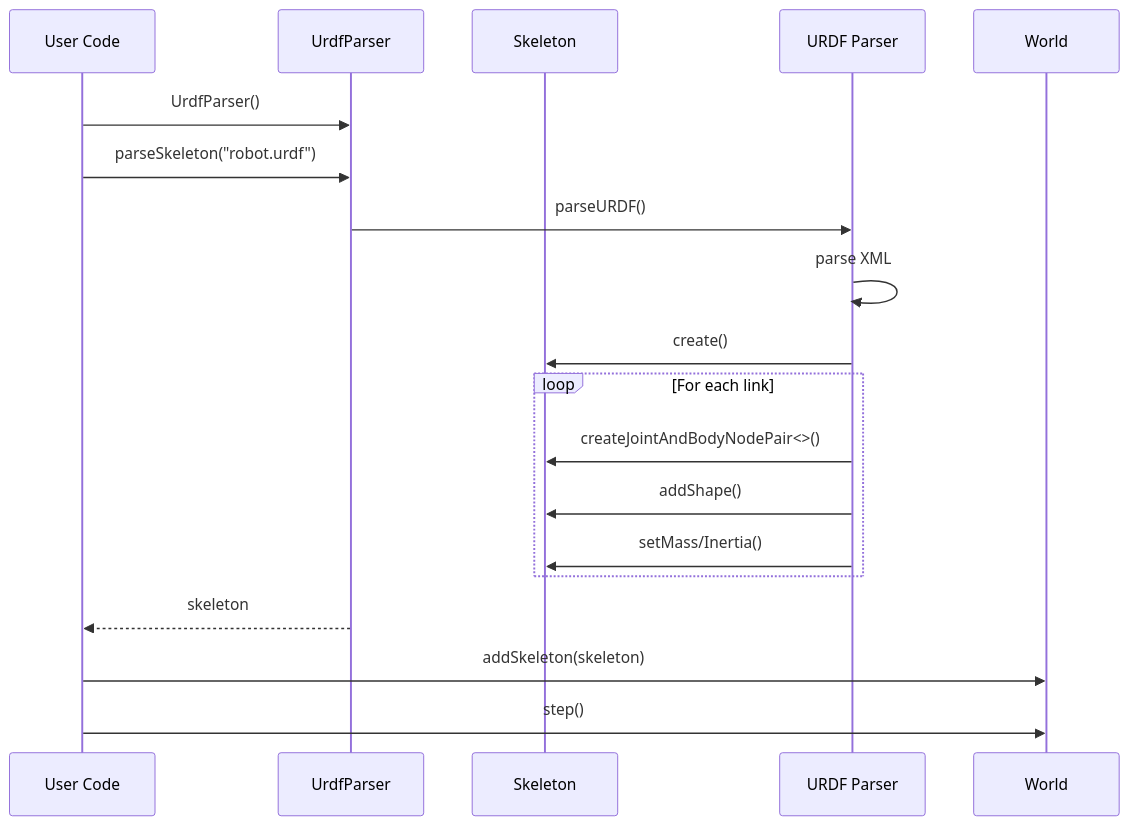
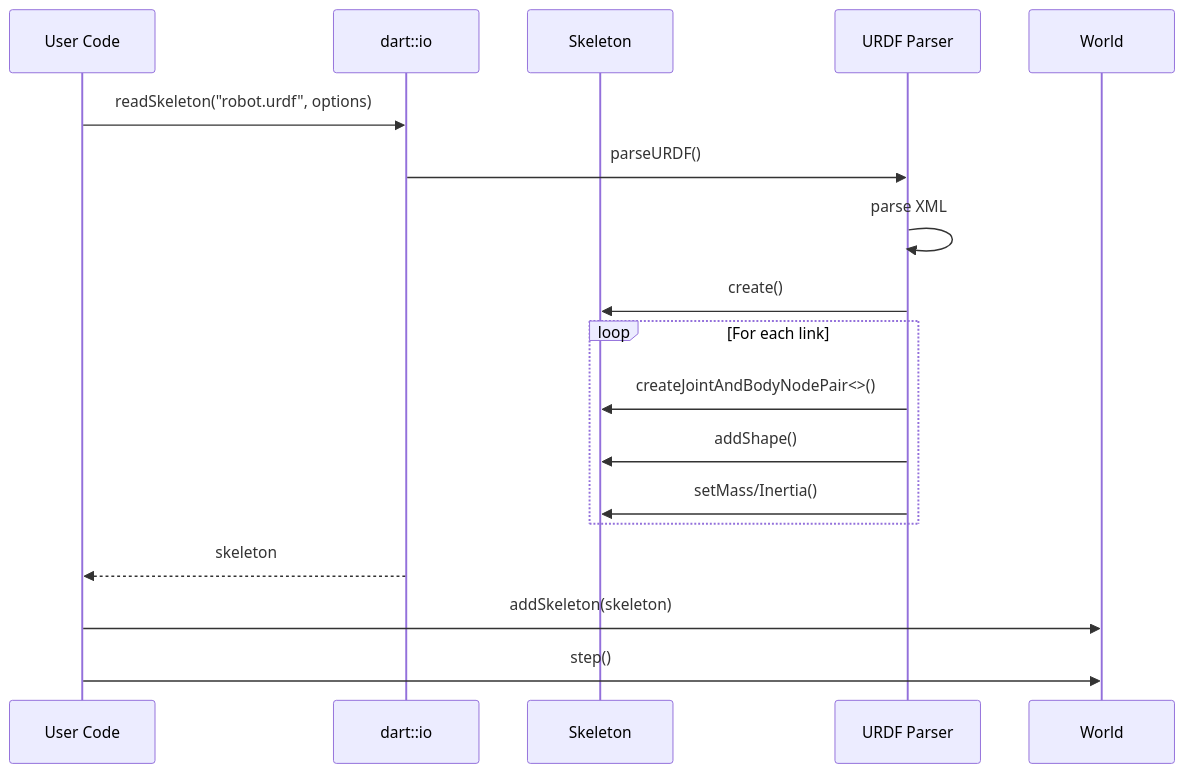
One commit to dartsim/dart changed the sixth of 7 diagrams in docs/onboarding/README.md. Above: the diagram before and after it, drawn with Mermaid. The commit also changed other lines of this file and 87 other files, not shown here.

````diff
--- a/docs/onboarding/README.md
+++ b/docs/onboarding/README.md
@@ -789,24 +790,23 @@
 ```mermaid
 sequenceDiagram
     participant User as User Code
-    participant UrdfParser as UrdfParser
+    participant IO as dart::io
     participant Skeleton as Skeleton
     participant Parser as URDF Parser
     participant World as World
 
-    User->>UrdfParser: UrdfParser()
-    User->>UrdfParser: parseSkeleton("robot.urdf")
-    UrdfParser->>Parser: parseURDF()
+    User->>IO: readSkeleton("robot.urdf", options)
+    IO->>Parser: parseURDF()
     Parser->>Parser: parse XML
     Parser->>Skeleton: create()
 
     loop For each link
         Parser->>Skeleton: createJointAndBodyNodePair<>()
         Parser->>Skeleton: addShape()
         Parser->>Skeleton: setMass/Inertia()
     end
 
-    UrdfParser-->>User: skeleton
+    IO-->>User: skeleton
     User->>World: addSkeleton(skeleton)
     User->>World: step()
 ```
````
